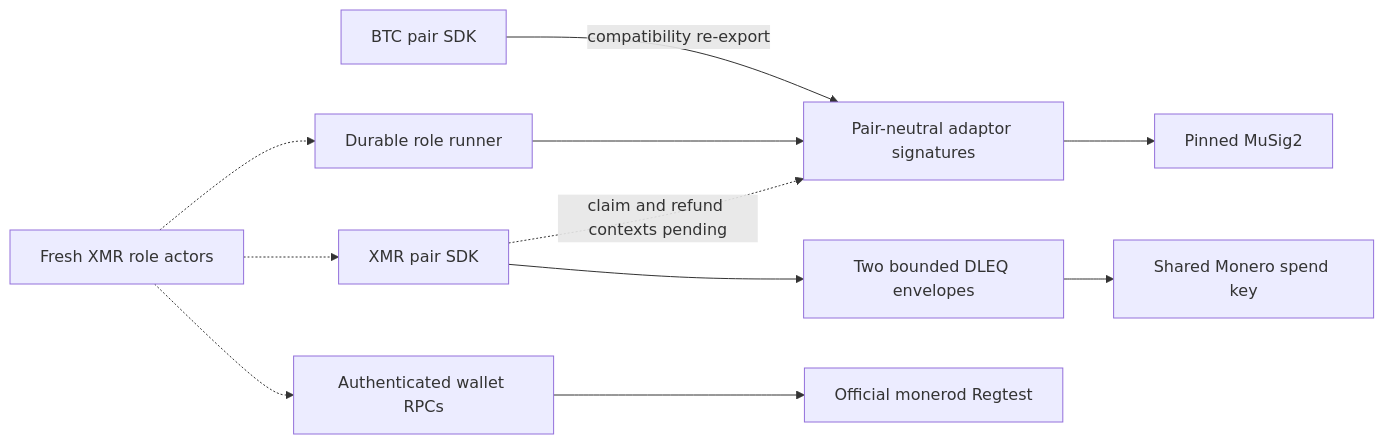
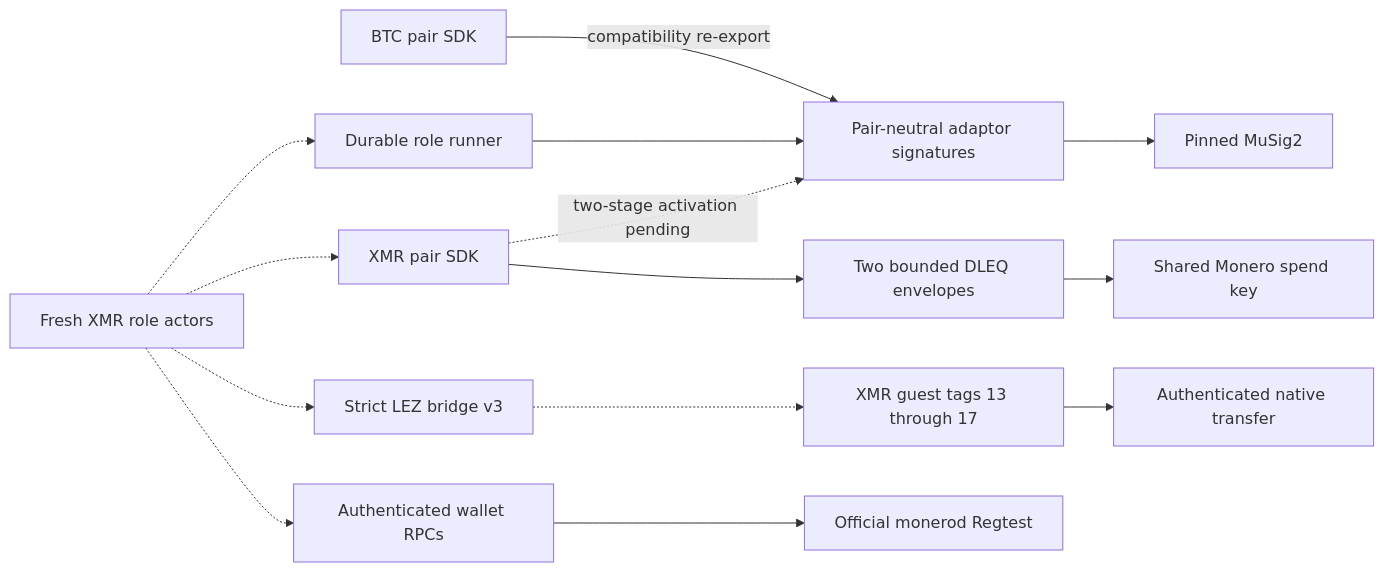
Before and after one commit to gateway-fm/lez-atomic-swaps: diagram 20 of 26 in docs/architecture/system-architecture.md, drawn with Mermaid. The commit also changed other lines of this file and 7 other files, not shown here.

````diff
--- a/docs/architecture/system-architecture.md
+++ b/docs/architecture/system-architecture.md
@@ -2115,13 +2115,16 @@
 ```mermaid
 flowchart LR
     BtcSdk["BTC pair SDK"] -->|compatibility re-export| Adaptor["Pair-neutral adaptor signatures"]
-    XmrSdk["XMR pair SDK"] -.->|claim and refund contexts pending| Adaptor
+    XmrSdk["XMR pair SDK"] -.->|two-stage activation pending| Adaptor
     RoleRunner["Durable role runner"] --> Adaptor
     Adaptor --> Musig["Pinned MuSig2"]
     XmrSdk --> Dleq["Two bounded DLEQ envelopes"]
     Dleq --> SharedKey["Shared Monero spend key"]
     XmrActor["Fresh XMR role actors"] -.-> RoleRunner
     XmrActor -.-> XmrSdk
+    XmrActor -.-> Bridge["Strict LEZ bridge v3"]
+    Bridge -.-> Guest["XMR guest tags 13 through 17"]
+    Guest --> Transfer["Authenticated native transfer"]
     XmrActor -.-> WalletRpc["Authenticated wallet RPCs"]
     WalletRpc --> Monerod["Official monerod Regtest"]
 ```
````
